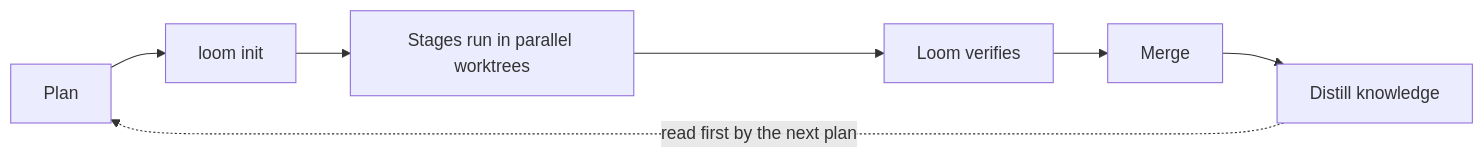
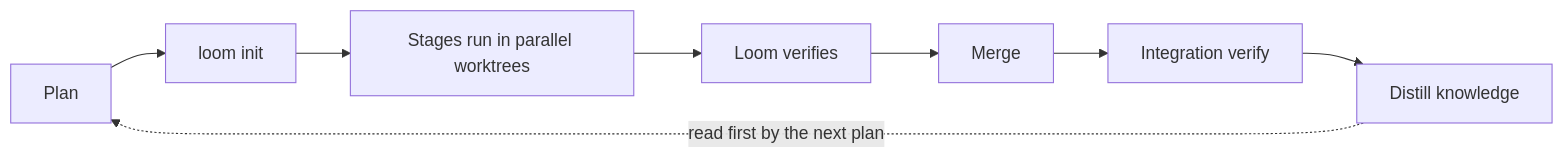
Before and after one commit to akhilarsh/loom: the diagram in README.md, drawn with Mermaid. The commit also changed other lines of this file, not shown here.

````diff
--- a/README.md
+++ b/README.md
@@ -113,9 +118,10 @@
 ```mermaid
 flowchart LR
     A[Plan] --> B[loom init]
     B --> C[Stages run in parallel worktrees]
     C --> D[Loom verifies]
     D --> E[Merge]
-    E --> F[Distill knowledge]
+    E --> I[Integration verify]
+    I --> F[Distill knowledge]
     F -. read first by the next plan .-> A
 ```
````
